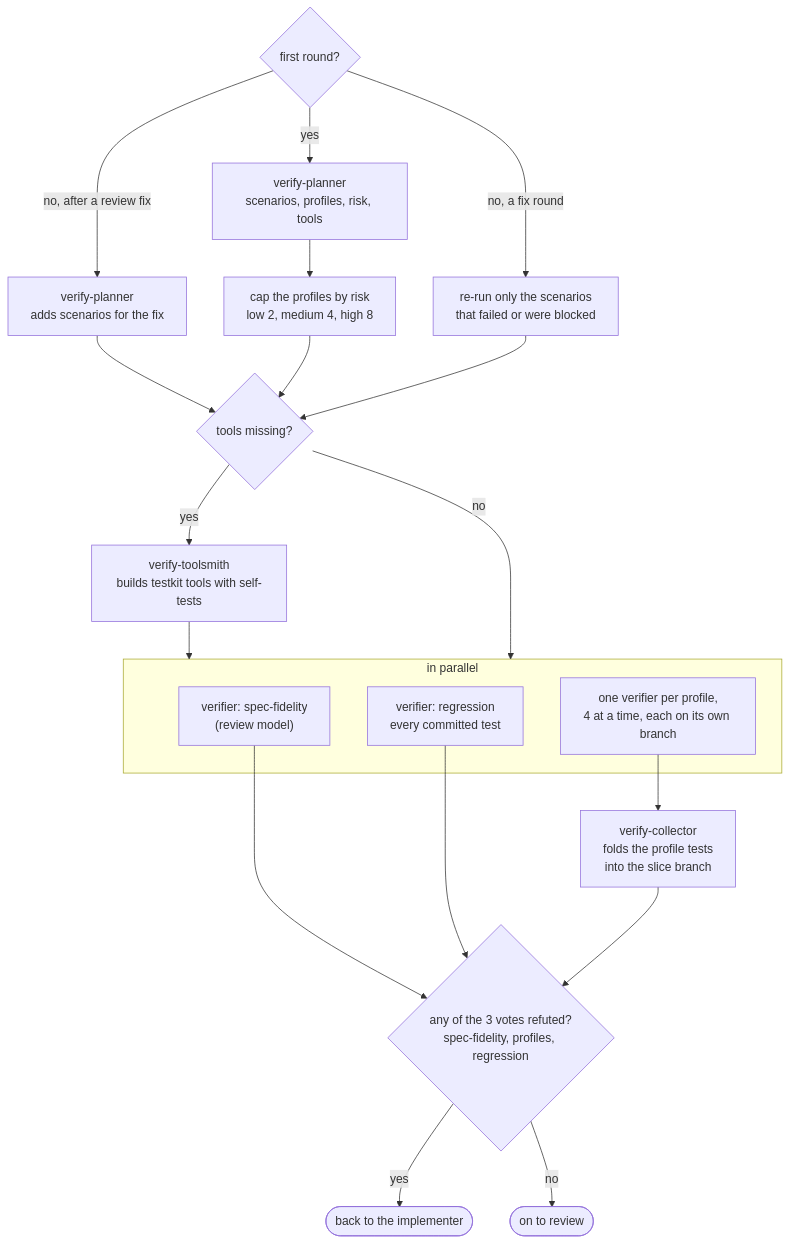
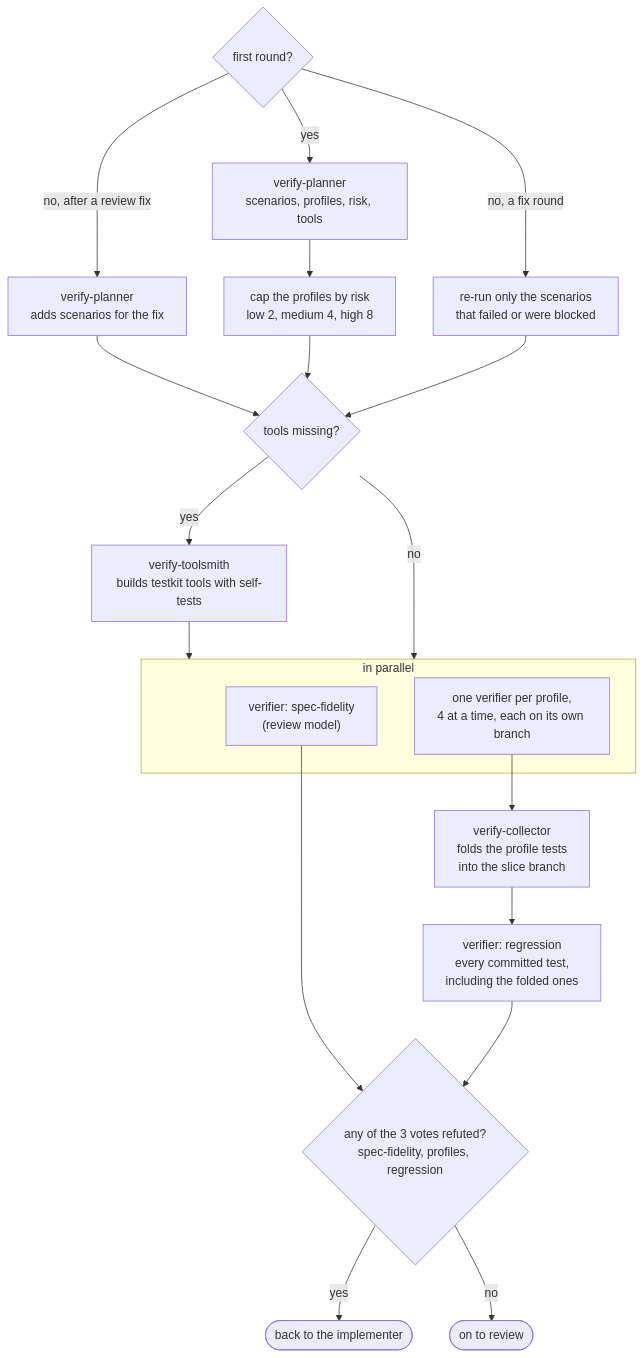
One commit to omarahr/sdlc changed the fifth of 8 diagrams in README.md. Above: the diagram before and after it, drawn with Mermaid. The commit also changed other lines of this file and 3 other files, not shown here.

First line of the commit message:
Run the regression verifier after the collector (#13)

````diff
--- a/README.md
+++ b/README.md
@@ -272,22 +272,22 @@
 ```mermaid
 flowchart TD
   R0{"first round?"}
   R0 -- yes --> VP["verify-planner<br/>scenarios, profiles, risk, tools"]
   VP --> CAP["cap the profiles by risk<br/>low 2, medium 4, high 8"]
   R0 -- "no, a fix round" --> PEND["re-run only the scenarios<br/>that failed or were blocked"]
   R0 -- "no, after a review fix" --> RF["verify-planner<br/>adds scenarios for the fix"]
   RF --> TS
   CAP --> TS{"tools missing?"}
   PEND --> TS
   TS -- yes --> TSM["verify-toolsmith<br/>builds testkit tools with self-tests"] --> PAR
   TS -- no --> PAR
   subgraph PAR ["in parallel"]
     SF["verifier: spec-fidelity<br/>(review model)"]
-    RG["verifier: regression<br/>every committed test"]
     PV["one verifier per profile,<br/>4 at a time, each on its own branch"]
   end
   PV --> COL["verify-collector<br/>folds the profile tests<br/>into the slice branch"]
-  SF & RG & COL --> TALLY{"any of the 3 votes refuted?<br/>spec-fidelity, profiles, regression"}
+  COL --> RG["verifier: regression<br/>every committed test,<br/>including the folded ones"]
+  SF & RG --> TALLY{"any of the 3 votes refuted?<br/>spec-fidelity, profiles, regression"}
   TALLY -- yes --> BACK(["back to the implementer"])
   TALLY -- no --> REV(["on to review"])
 ```
````
